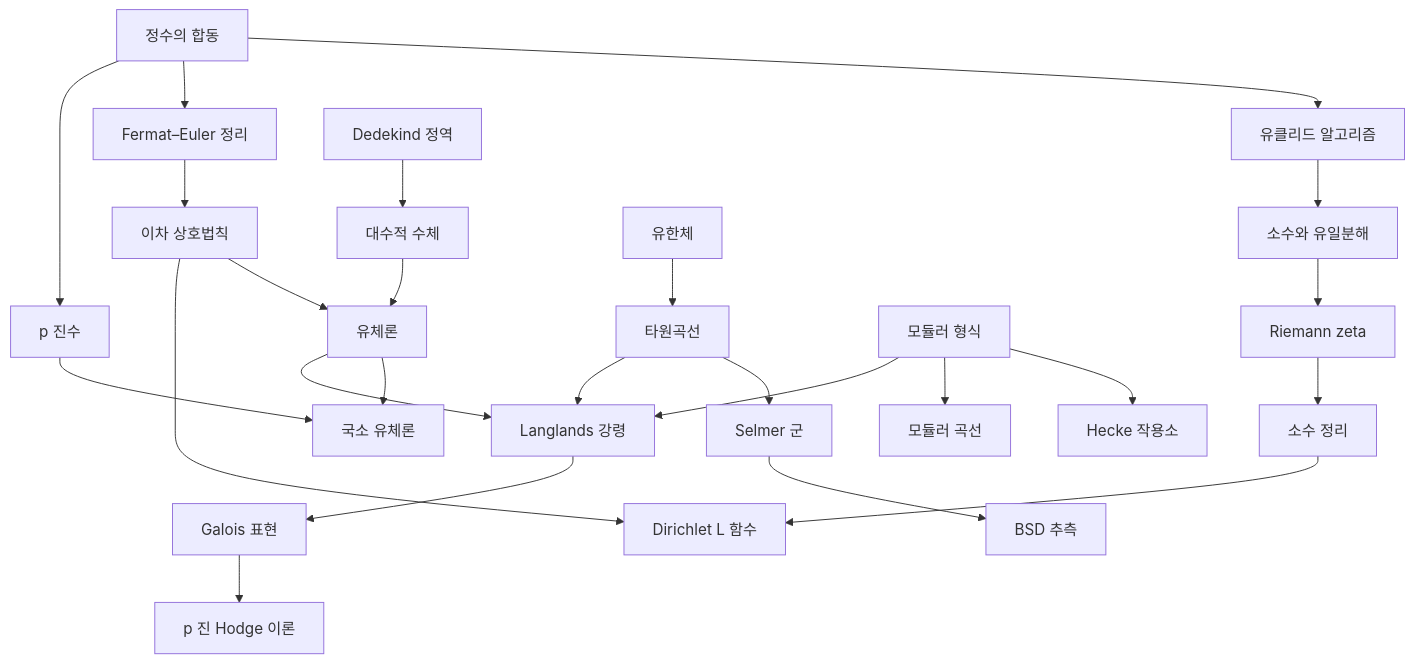
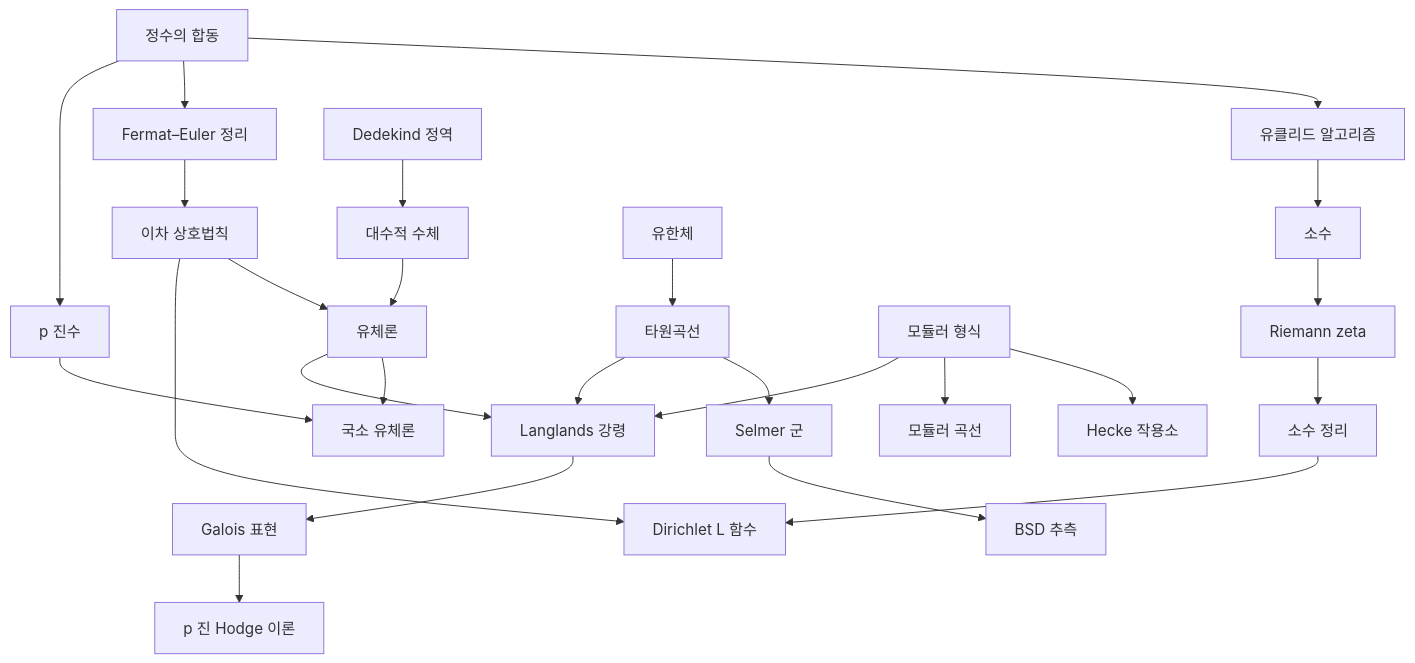
One commit to Phryxia/math-map changed the diagram in docs/number-theory-overview.md. Above: the diagram before and after it, drawn with Mermaid. The commit also changed other lines of this file and 49 other files, not shown here.

````diff
--- a/docs/number-theory-overview.md
+++ b/docs/number-theory-overview.md
@@ -13,17 +13,17 @@
 ```mermaid
 graph TD
-  MA["정수의 합동"] --> EA["유클리드 알고리즘"] --> PR["소수와 유일분해"]
+  MA["정수의 합동"] --> EA["유클리드 알고리즘"] --> PR["소수"]
   MA --> FE["Fermat–Euler 정리"] --> QR["이차 상호법칙"]
   MA --> PA["p 진수"] --> LCFT["국소 유체론"]
   PR --> RZ["Riemann zeta"] --> PNT["소수 정리"] --> DL["Dirichlet L 함수"]
   DD["Dedekind 정역"] --> ANF["대수적 수체"] --> CFT["유체론"]
   QR --> CFT --> LCFT
   QR --> DL
   FF["유한체"] --> EC["타원곡선"] --> SEL["Selmer 군"] --> BSD["BSD 추측"]
   MF["모듈러 형식"] --> HK["Hecke 작용소"]
   MF --> MC["모듈러 곡선"]
   CFT --> LP["Langlands 강령"]
   MF --> LP
   EC --> LP
   LP --> GR["Galois 표현"] --> PH["p 진 Hodge 이론"]
 ```
````
